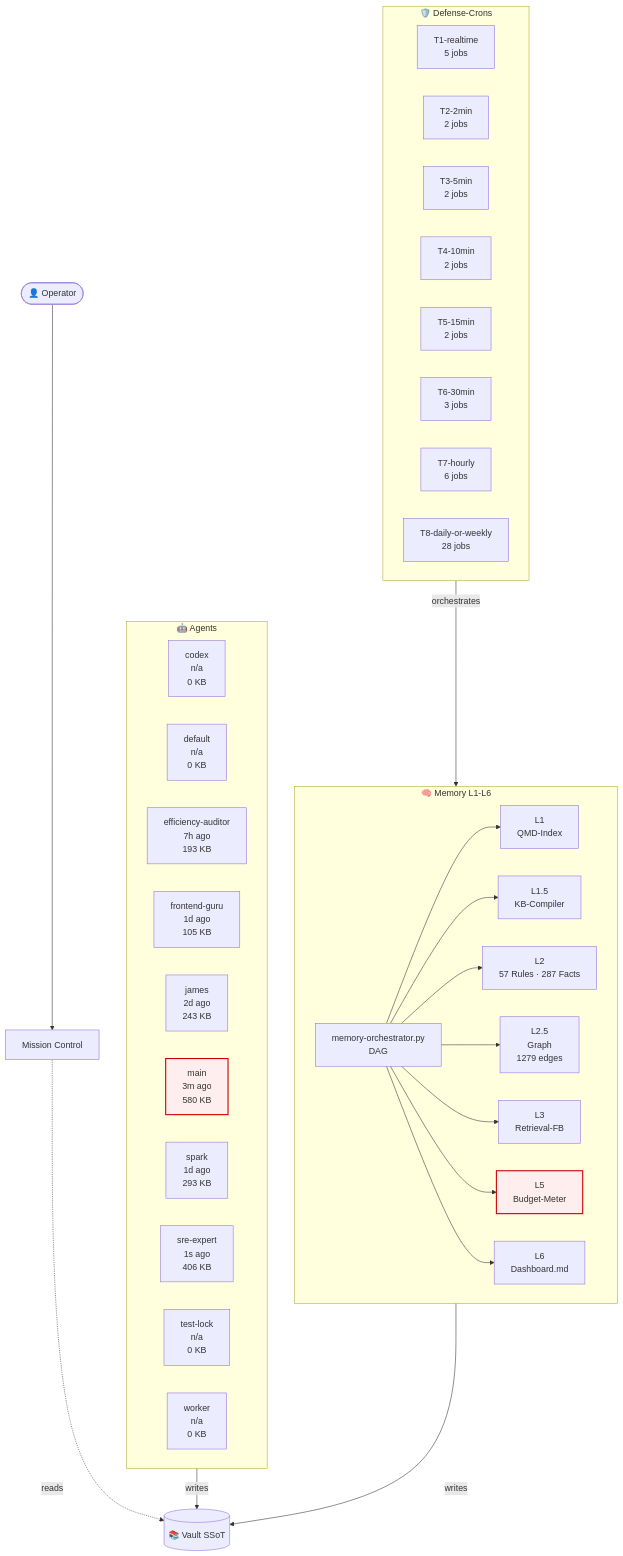
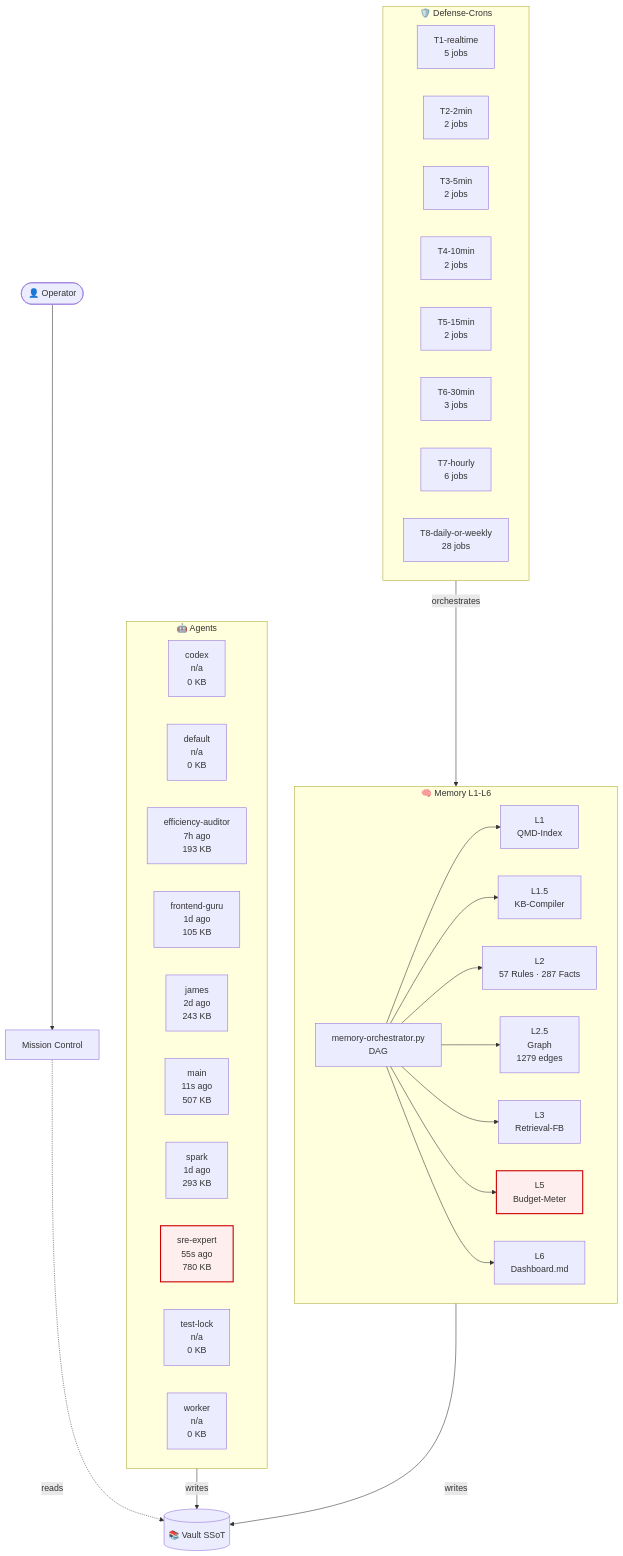
One commit to lenardhuebner88-rgb/openclaw-memory changed the diagram in 03-Agents/architecture-live.md. Above: the diagram before and after it, drawn with Mermaid. The commit also changed other lines of this file and 7 other files, not shown here.

````diff
--- a/03-Agents/architecture-live.md
+++ b/03-Agents/architecture-live.md
@@ -18,53 +18,53 @@
 ```mermaid
 flowchart TB
     classDef critical fill:#fee,stroke:#c00,stroke-width:2px;
     subgraph AGT["🤖 Agents"]
         agent_codex["codex<br/>n/a<br/>0 KB"]
         agent_default["default<br/>n/a<br/>0 KB"]
         agent_efficiency_auditor["efficiency-auditor<br/>7h ago<br/>193 KB"]
         agent_frontend_guru["frontend-guru<br/>1d ago<br/>105 KB"]
         agent_james["james<br/>2d ago<br/>243 KB"]
-        agent_main["main<br/>3m ago<br/>580 KB"]
+        agent_main["main<br/>11s ago<br/>507 KB"]
         agent_spark["spark<br/>1d ago<br/>293 KB"]
-        agent_sre_expert["sre-expert<br/>1s ago<br/>406 KB"]
+        agent_sre_expert["sre-expert<br/>55s ago<br/>780 KB"]
         agent_test_lock["test-lock<br/>n/a<br/>0 KB"]
         agent_worker["worker<br/>n/a<br/>0 KB"]
     end
     subgraph MEM["🧠 Memory L1-L6"]
         L1["L1<br/>QMD-Index"]
         L15["L1.5<br/>KB-Compiler"]
         L2["L2<br/>57 Rules · 287 Facts"]
         L25["L2.5<br/>Graph<br/>1279 edges"]
         L3["L3<br/>Retrieval-FB"]
         L5["L5<br/>Budget-Meter"]
         L6["L6<br/>Dashboard.md"]
         ORCH["memory-orchestrator.py<br/>DAG"]
     end
     subgraph CRN["🛡️ Defense-Crons"]
         tier_T1_realtime["T1-realtime<br/>5 jobs"]
         tier_T2_2min["T2-2min<br/>2 jobs"]
         tier_T3_5min["T3-5min<br/>2 jobs"]
         tier_T4_10min["T4-10min<br/>2 jobs"]
         tier_T5_15min["T5-15min<br/>2 jobs"]
         tier_T6_30min["T6-30min<br/>3 jobs"]
         tier_T7_hourly["T7-hourly<br/>6 jobs"]
         tier_T8_daily_or_weekly["T8-daily-or-weekly<br/>28 jobs"]
     end
     VAULT[("📚 Vault SSoT")]
     OP([👤 Operator])
     MC["Mission Control"]
     OP --> MC
     MC -.reads.-> VAULT
     AGT -->|writes| VAULT
     MEM -->|writes| VAULT
     ORCH --> L1
     ORCH --> L15
     ORCH --> L2
     ORCH --> L25
     ORCH --> L3
     ORCH --> L5
     ORCH --> L6
     CRN -->|orchestrates| MEM
     class L5 critical
-    class agent_main critical
+    class agent_sre_expert critical
 ```
````
